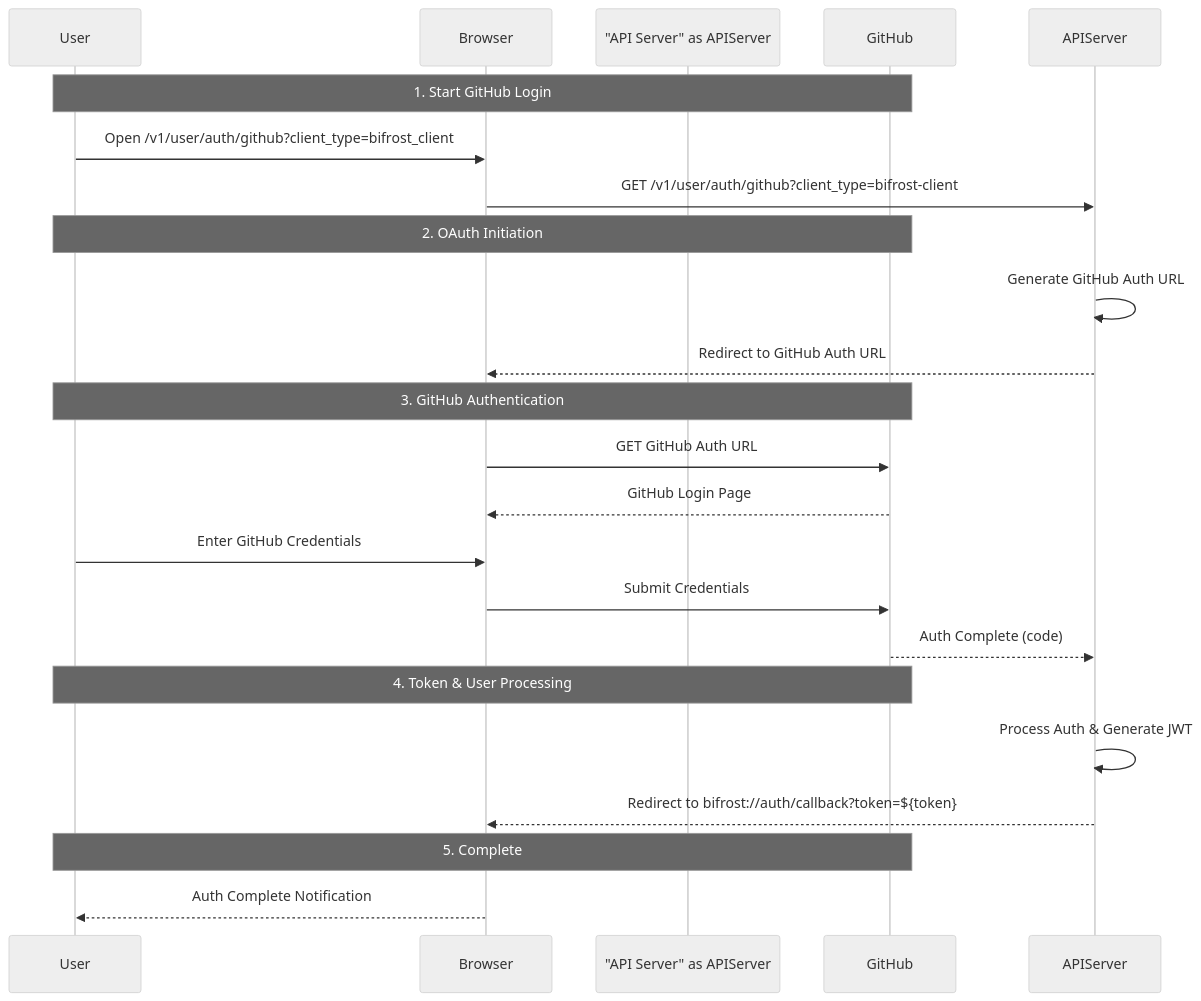
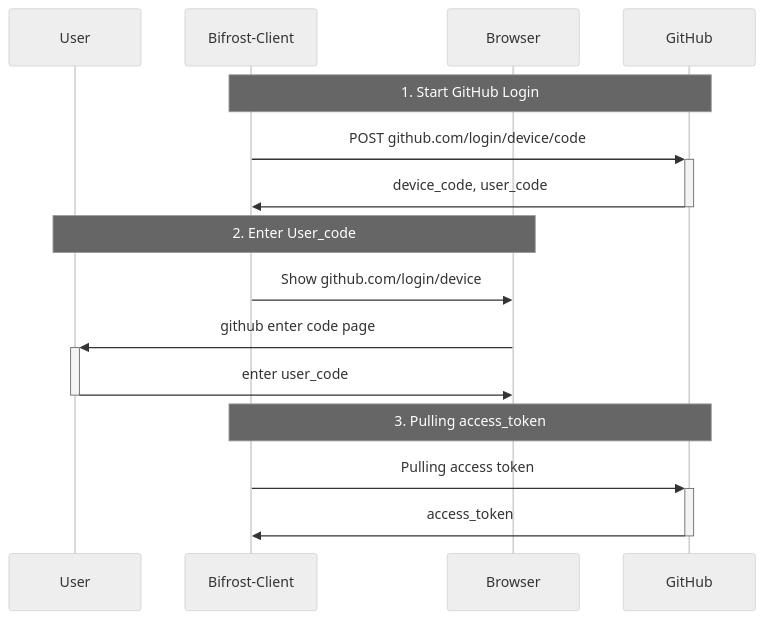
One commit to is-an-ai/bifrost-client changed the diagram in docs/login.flow.md. Above: the diagram before and after it, drawn with Mermaid (neutral theme).

Commit message:
update: login flow

````diff
--- a/docs/login.flow.md
+++ b/docs/login.flow.md
@@ -3,29 +3,20 @@
 ```mermaid
 sequenceDiagram
     participant User
+    participant Client as Bifrost-Client
     participant Browser
-    participant "API Server" as APIServer
     participant GitHub
 
-    Note over User, GitHub: 1. Start GitHub Login
-    User->>Browser: Open /v1/user/auth/github?client_type=bifrost_client
-    Browser->>APIServer: GET /v1/user/auth/github?client_type=bifrost-client
+    Note over Client, GitHub: 1. Start GitHub Login
+    Client->>+GitHub: POST github.com/login/device/code
+    GitHub->>-Client: device_code, user_code
+    
+    Note over User, Browser: 2. Enter User_code
+    Client->>Browser: Show github.com/login/device
+    Browser->>+User: github enter code page
+    User->>-Browser: enter user_code
 
-    Note over User, GitHub: 2. OAuth Initiation
-    APIServer->>APIServer: Generate GitHub Auth URL
-    APIServer-->>Browser: Redirect to GitHub Auth URL
-
-    Note over User, GitHub: 3. GitHub Authentication
-    Browser->>GitHub: GET GitHub Auth URL
-    GitHub-->>Browser: GitHub Login Page
-    User->>Browser: Enter GitHub Credentials
-    Browser->>GitHub: Submit Credentials
-    GitHub-->>APIServer: Auth Complete (code)
-
-    Note over User, GitHub: 4. Token & User Processing
-    APIServer->>APIServer: Process Auth & Generate JWT
-    APIServer-->>Browser: Redirect to bifrost://auth/callback?token=${token}
-
-    Note over User, GitHub: 5. Complete
-    Browser-->>User: Auth Complete Notification
+    Note over Client, GitHub: 3. Pulling access_token
+    Client->>+ GitHub: Pulling access token
+    GitHub->>- Client: access_token  
 ```
````
